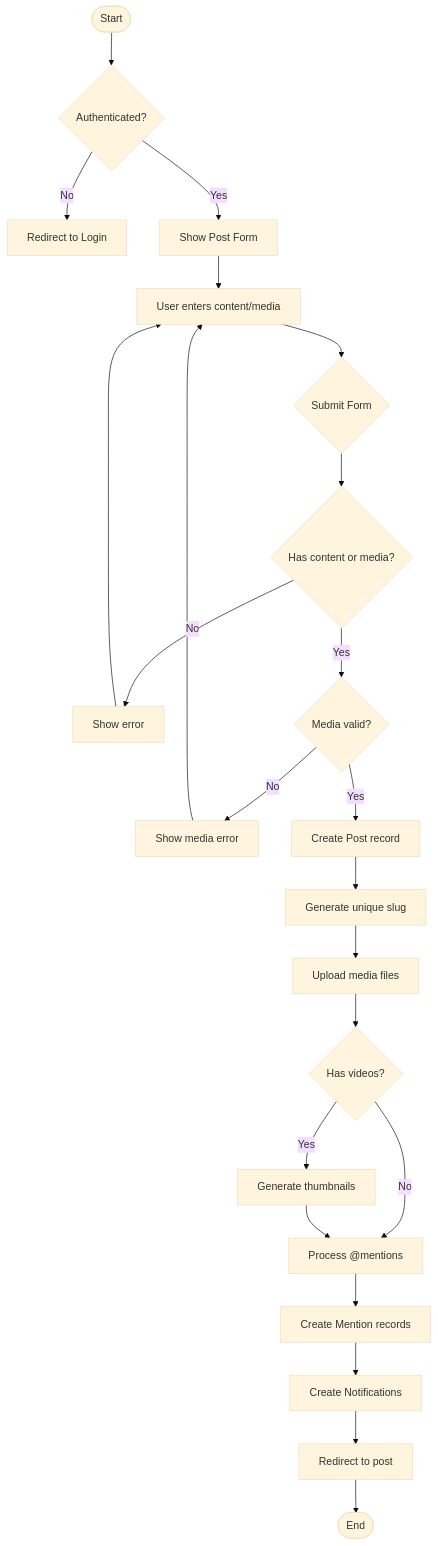
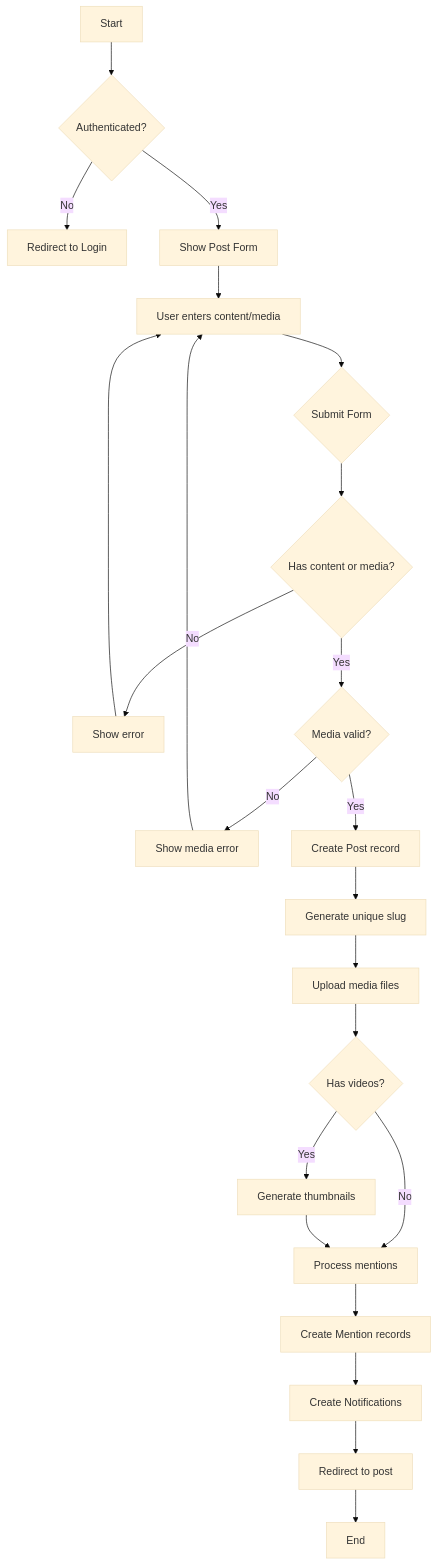
One commit to vd120/laravel_project changed diagram 12 of 29 in UML.md. Above: the diagram before and after it, drawn with Mermaid (base theme). The commit also changed other lines of this file, not shown here.

````diff
--- a/UML.md
+++ b/UML.md
@@ -871,31 +871,25 @@
 ```mermaid
 flowchart TD
-    Start([Start]) --> CheckAuth{Authenticated?}
-    CheckAuth -->|No| RedirectLogin[Redirect to Login]
-    CheckAuth -->|Yes| ShowForm[Show Post Form]
-
-    ShowForm --> UserInput[User enters content/media]
-    UserInput --> Submit{Submit Form}
-
-    Submit --> ValidateContent{Has content or media?}
-    ValidateContent -->|No| ShowError1[Show error]
-    ShowError1 --> UserInput
-
-    ValidateContent -->|Yes| ValidateMedia{Media valid?}
-    ValidateMedia -->|No| ShowError2[Show media error]
-    ShowError2 --> UserInput
-
-    ValidateMedia -->|Yes| CreatePost[Create Post record]
-    CreatePost --> GenerateSlug[Generate unique slug]
-    GenerateSlug --> UploadMedia[Upload media files]
-
-    UploadMedia --> ProcessVideos{Has videos?}
-    ProcessVideos -->|Yes| GenerateThumbs[Generate thumbnails]
-    ProcessVideos -->|No| ProcessMentions
-    GenerateThumbs --> ProcessMentions
-
-    ProcessMentions[Process @mentions] --> CreateMentions[Create Mention records]
-    CreateMentions --> CreateNotifs[Create Notifications]
-    CreateNotifs --> Redirect[Redirect to post]
-    Redirect --> End([End])
+    A[Start] --> B{Authenticated?}
+    B -->|No| C[Redirect to Login]
+    B -->|Yes| D[Show Post Form]
+    D --> E[User enters content/media]
+    E --> F{Submit Form}
+    F --> G{Has content or media?}
+    G -->|No| H[Show error]
+    H --> E
+    G -->|Yes| I{Media valid?}
+    I -->|No| J[Show media error]
+    J --> E
+    I -->|Yes| K[Create Post record]
+    K --> L[Generate unique slug]
+    L --> M[Upload media files]
+    M --> N{Has videos?}
+    N -->|Yes| O[Generate thumbnails]
+    N -->|No| P[Process mentions]
+    O --> P
+    P --> Q[Create Mention records]
+    Q --> R[Create Notifications]
+    R --> S[Redirect to post]
+    S --> T[End]
 ```
````
